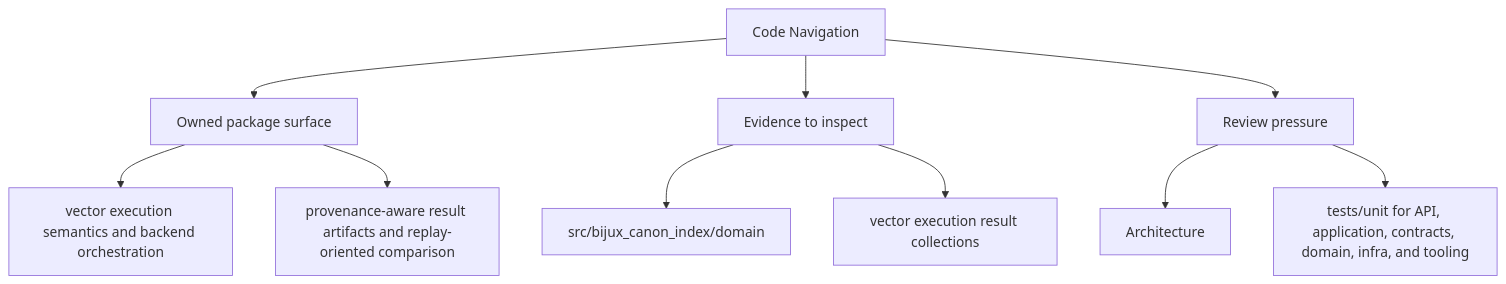
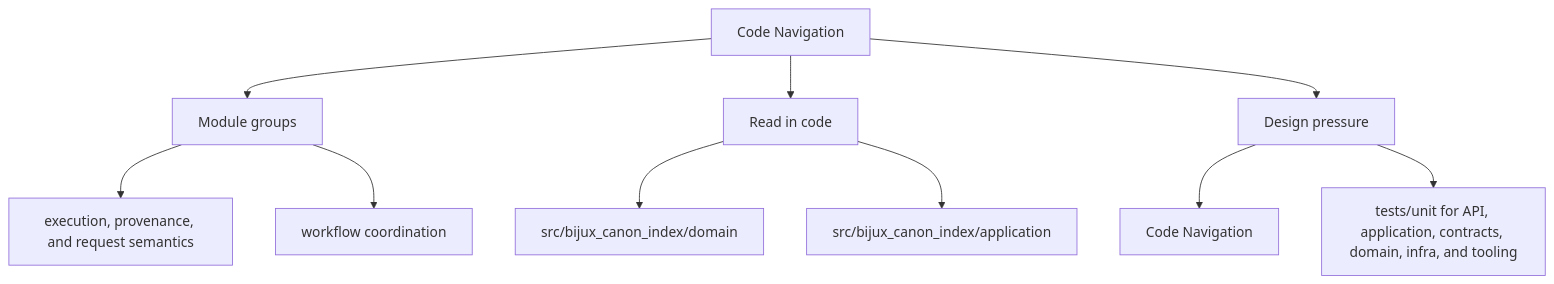
The second of 2 diagrams in docs/bijux-canon-index/architecture/code-navigation.md (bijux/bijux-canon), drawn with Mermaid before and after one commit. The commit also changed other lines of this file and 250 other files, not shown here.

Commit message:
docs(diagrams): make product page maps more readable

````diff
--- a/docs/bijux-canon-index/architecture/code-navigation.md
+++ b/docs/bijux-canon-index/architecture/code-navigation.md
@@ -33,22 +33,22 @@
 ```mermaid
 flowchart TD
     page["Code Navigation"]
-    focus1["Owned package surface"]
+    focus1["Module groups"]
     page --> focus1
-    focus1_1["vector execution semantics and backend orchestration"]
+    focus1_1["execution, provenance, and request semantics"]
     focus1 --> focus1_1
-    focus1_2["provenance-aware result artifacts and replay-oriented comparison"]
+    focus1_2["workflow coordination"]
     focus1 --> focus1_2
-    focus2["Evidence to inspect"]
+    focus2["Read in code"]
     page --> focus2
     focus2_1["src/bijux_canon_index/domain"]
     focus2 --> focus2_1
-    focus2_2["vector execution result collections"]
+    focus2_2["src/bijux_canon_index/application"]
     focus2 --> focus2_2
-    focus3["Review pressure"]
+    focus3["Design pressure"]
     page --> focus3
-    focus3_1["Architecture"]
+    focus3_1["Code Navigation"]
     focus3 --> focus3_1
     focus3_2["tests/unit for API, application, contracts, domain, infra, and tooling"]
     focus3 --> focus3_2
 ```
````
